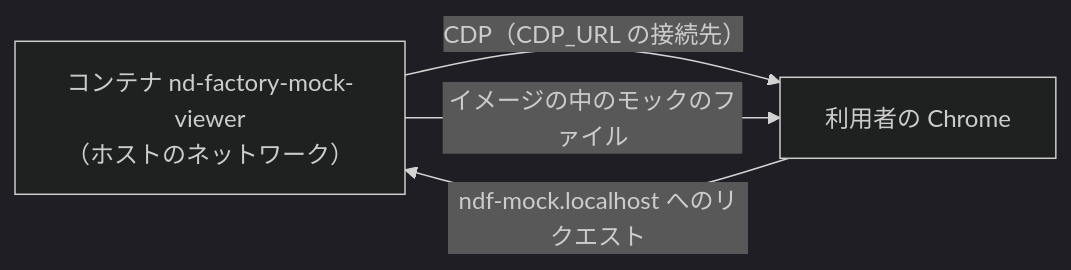
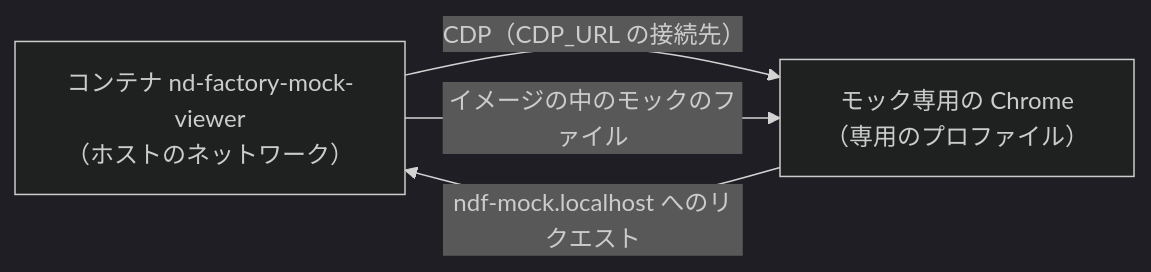
One commit to devbasex/nd-factory changed the diagram in .claude/skills/mock-viewer/SKILL.md. Above: the diagram before and after it, drawn with Mermaid (dark theme). The commit also changed other lines of this file and 4 other files, not shown here.

First line of the commit message:
fix(mock-viewer): モック専用の Chrome と別のコンテキストで配信し、常設は利用者が選んだときに限る（#12）

````diff
--- a/.claude/skills/mock-viewer/SKILL.md
+++ b/.claude/skills/mock-viewer/SKILL.md
@@ -12,6 +12,6 @@
 ```mermaid
 flowchart LR
-  C["コンテナ nd-factory-mock-viewer<br/>（ホストのネットワーク）"] -- "CDP（CDP_URL の接続先）" --> B["利用者の Chrome"]
+  C["コンテナ nd-factory-mock-viewer<br/>（ホストのネットワーク）"] -- "CDP（CDP_URL の接続先）" --> B["モック専用の Chrome<br/>（専用のプロファイル）"]
   B -- "ndf-mock.localhost へのリクエスト" --> C
   C -- "イメージの中のモックのファイル" --> B
 ```
````
